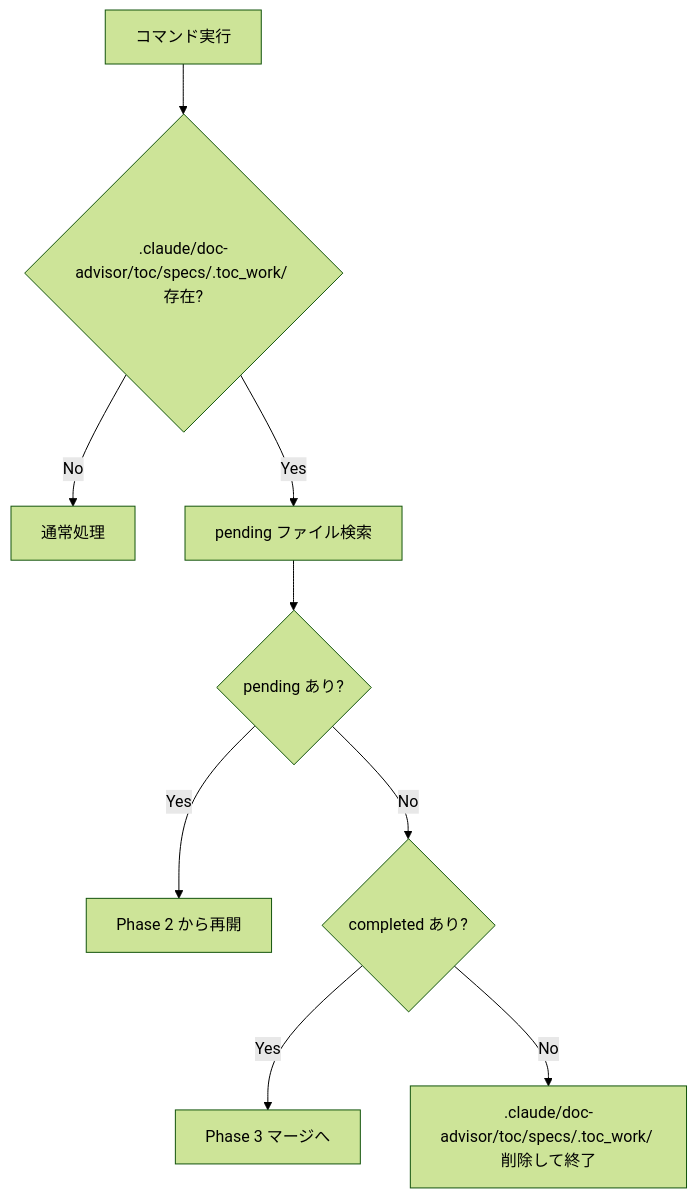
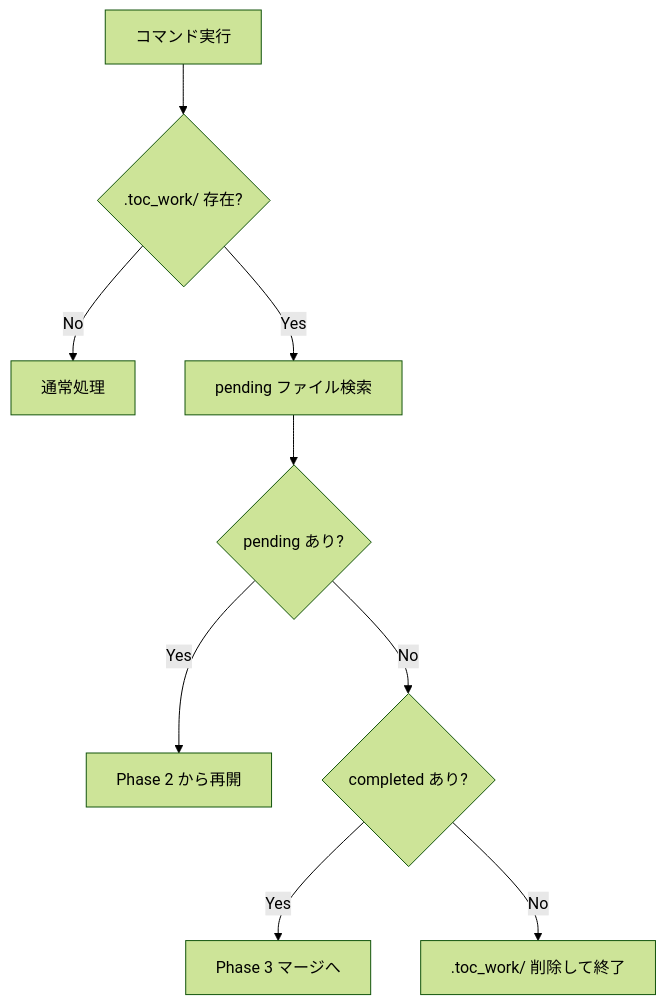
Before and after one commit to BlueEventHorizon/DocAdvisor-CC: the tenth of 10 diagrams in specs/design/DES-005_toc_generation_flow.md, drawn with Mermaid (forest theme). The commit also changed other lines of this file and 20 other files, not shown here.

````diff
--- a/specs/design/DES-005_toc_generation_flow.md
+++ b/specs/design/DES-005_toc_generation_flow.md
@@ -390,11 +480,11 @@
 ```mermaid
 flowchart TD
-    A[コマンド実行] --> B{.claude/doc-advisor/toc/specs/.toc_work/ 存在?}
+    A[コマンド実行] --> B{".toc_work/ 存在?"}
     B -->|No| C[通常処理]
     B -->|Yes| D[pending ファイル検索]
-    D --> E{pending あり?}
+    D --> E{"pending あり?"}
     E -->|Yes| F[Phase 2 から再開]
-    E -->|No| G{completed あり?}
+    E -->|No| G{"completed あり?"}
     G -->|Yes| H[Phase 3 マージへ]
-    G -->|No| I[.claude/doc-advisor/toc/specs/.toc_work/ 削除して終了]
+    G -->|No| I[".toc_work/ 削除して終了"]
 ```
````
